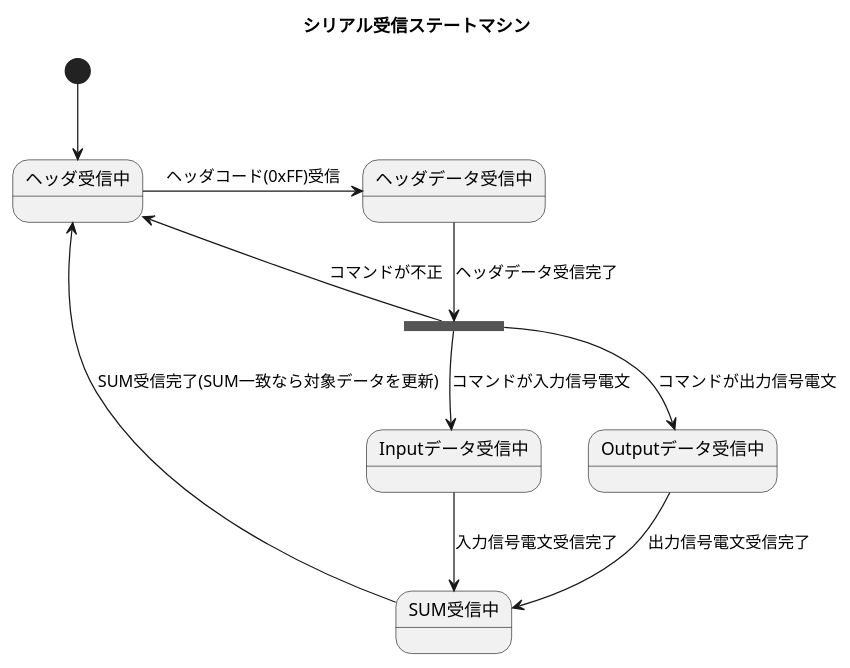
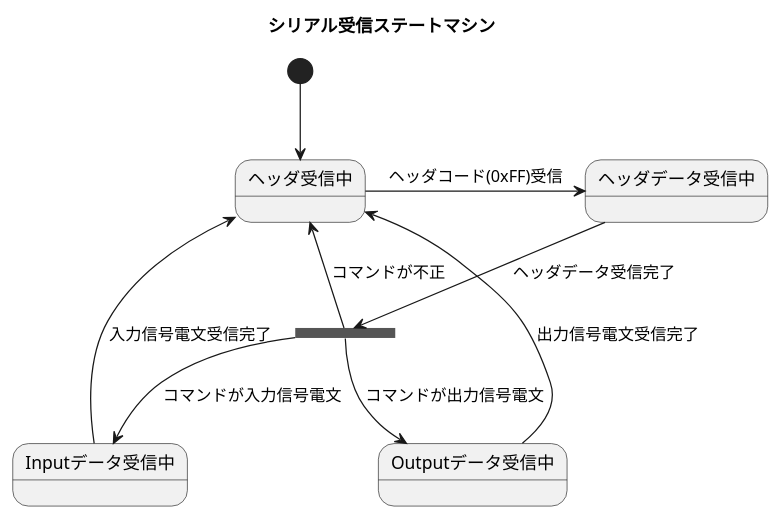
One commit to TK-R/ET2017-UML changed the diagram in Serial/SerialStateMachine.puml. Above: the diagram before and after it, drawn with PlantUML. The commit also changed 1 other file, not shown here.

```diff
--- a/Serial/SerialStateMachine.puml
+++ b/Serial/SerialStateMachine.puml
@@ -1,20 +1,18 @@
 @startuml
 
 title シリアル受信ステートマシン
 
 [*] --> ヘッダ受信中
 ヘッダ受信中 -> ヘッダデータ受信中 : ヘッダコード(0xFF)受信
 
 ヘッダデータ受信中 --> ==FORK== : ヘッダデータ受信完了
 
 ==FORK== --> Inputデータ受信中 : コマンドが入力信号電文
 ==FORK== --> Outputデータ受信中 : コマンドが出力信号電文
 ==FORK== --> ヘッダ受信中 : コマンドが不正
 
-Inputデータ受信中 --> SUM受信中 : 入力信号電文受信完了
-Outputデータ受信中 --> SUM受信中 : 出力信号電文受信完了
-
-SUM受信中 --> ヘッダ受信中 : SUM受信完了(SUM一致なら対象データを更新)
+Inputデータ受信中 --> ヘッダ受信中 : 入力信号電文受信完了
+Outputデータ受信中 --> ヘッダ受信中 : 出力信号電文受信完了
 
 
 @enduml
```
